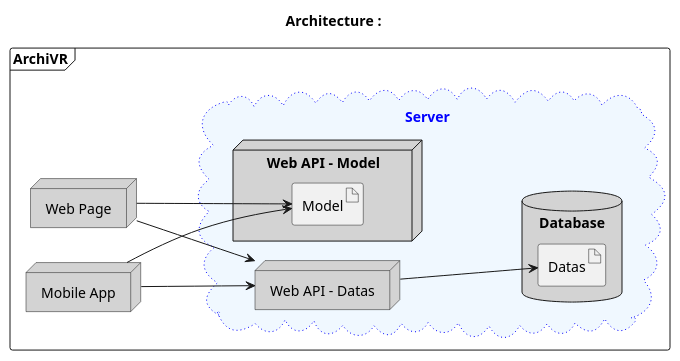
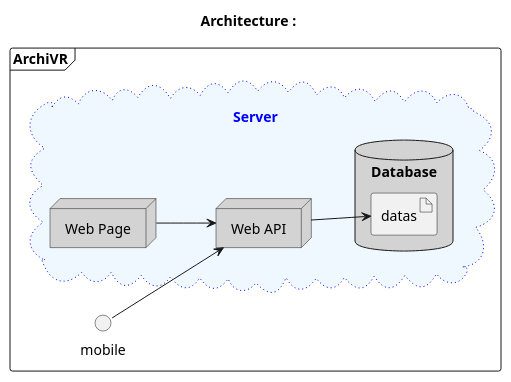
One commit to axdelafuen/archivr changed the diagram in Diagrams/architecture.md. Above: the diagram before and after it, drawn with PlantUML.

````diff
--- a/Diagrams/architecture.md
+++ b/Diagrams/architecture.md
@@ -1,35 +1,28 @@
 ```plantuml
 title "Architecture :"
 
 left to right direction
 
 frame "ArchiVR" {
 
-node web as "Web Page" #lightgrey
 
-node mobile as "Mobile App" #lightgrey
 
 cloud Server #aliceblue;line:blue;line.dotted;text:blue{
 
-node modelApi as "Web API - Model"#lightgrey{
-artifact Model
-}
+node webApp as "Web Page" #lightgrey
 
-node datasApi as "Web API - Datas" #lightgrey
+node api as "Web API" #lightgrey
 
 database db as "Database"#lightgray{
-artifact Datas
+artifact datas
 }
 }
 
 
-web --> Model
-mobile --> Model
+webApp --> api
+mobile --> api
 
-web --> datasApi
-mobile --> datasApi
-
-datasApi --> Datas
+api --> datas
 
 }
 ```
````
